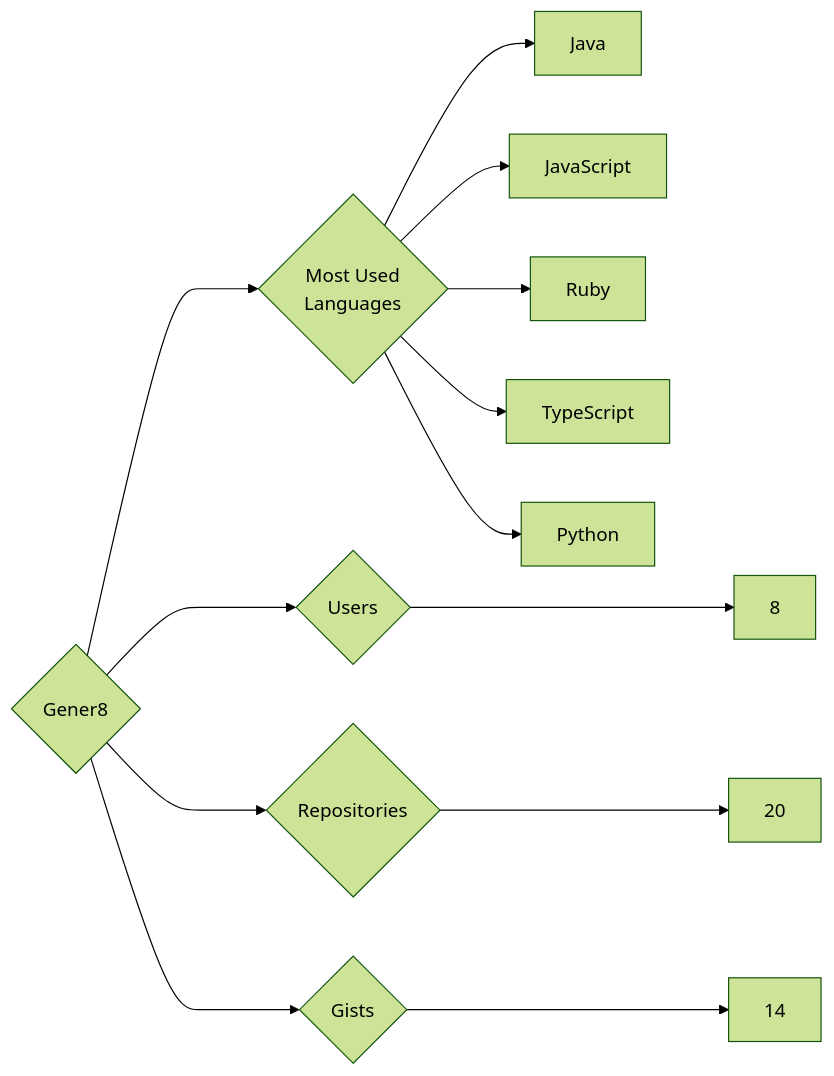
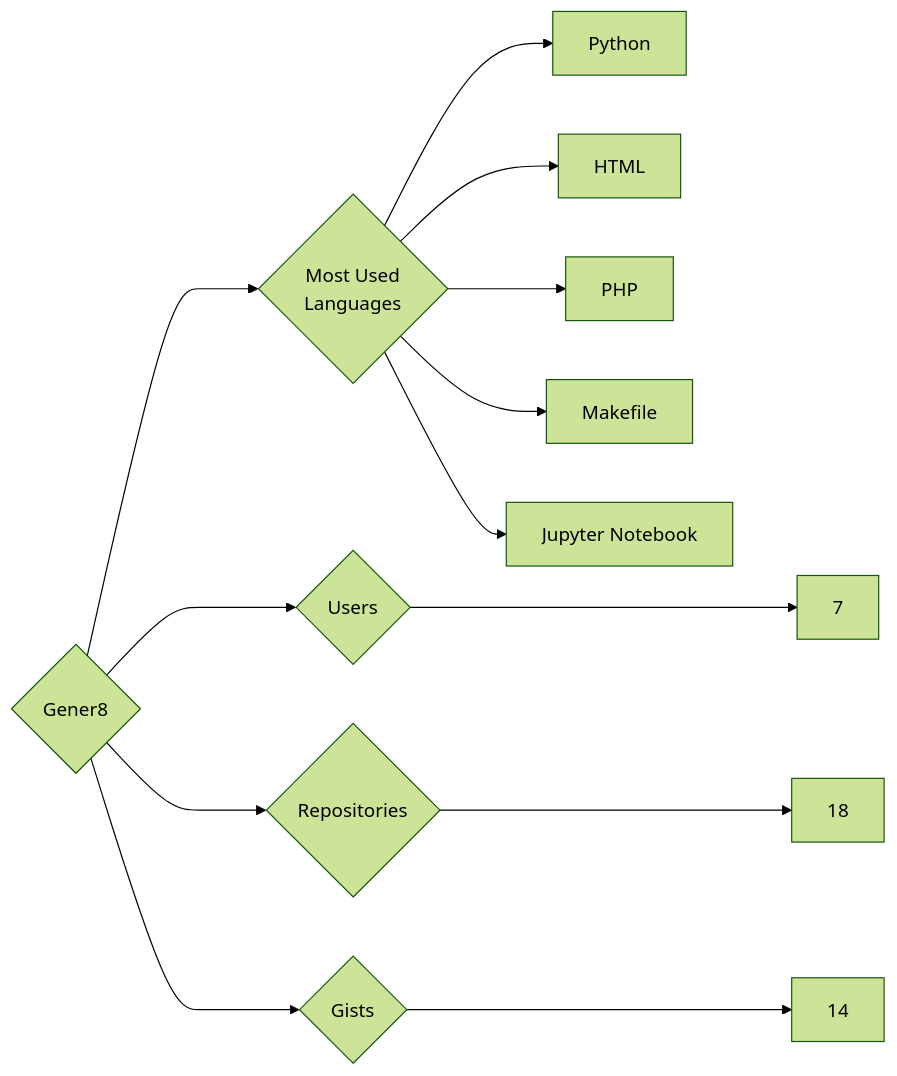
One commit to trickest/insiders changed the diagram in targets/Gener8/README.md. Above: the diagram before and after it, drawn with Mermaid (forest theme). The commit also changed 845 other files, not shown here.

````diff
--- a/targets/Gener8/README.md
+++ b/targets/Gener8/README.md
@@ -3,13 +3,13 @@
 ```mermaid
 graph LR
 COMPANY_NAME{Gener8}
-COMPANY_NAME ---> U{Users} ---> UN[8]
-COMPANY_NAME ---> R{Repositories} ---> RN[20]
+COMPANY_NAME ---> U{Users} ---> UN[7]
+COMPANY_NAME ---> R{Repositories} ---> RN[18]
 COMPANY_NAME ---> G{Gists} ---> GN[14]
 COMPANY_NAME ---> ML{Most Used<br>Languages}
-ML --> Java[Java]
-ML --> JavaScript[JavaScript]
-ML --> Ruby[Ruby]
-ML --> TypeScript[TypeScript]
 ML --> Python[Python]
+ML --> HTML[HTML]
+ML --> PHP[PHP]
+ML --> Makefile[Makefile]
+ML --> Jupyter_Notebook[Jupyter Notebook]
 ```
````
